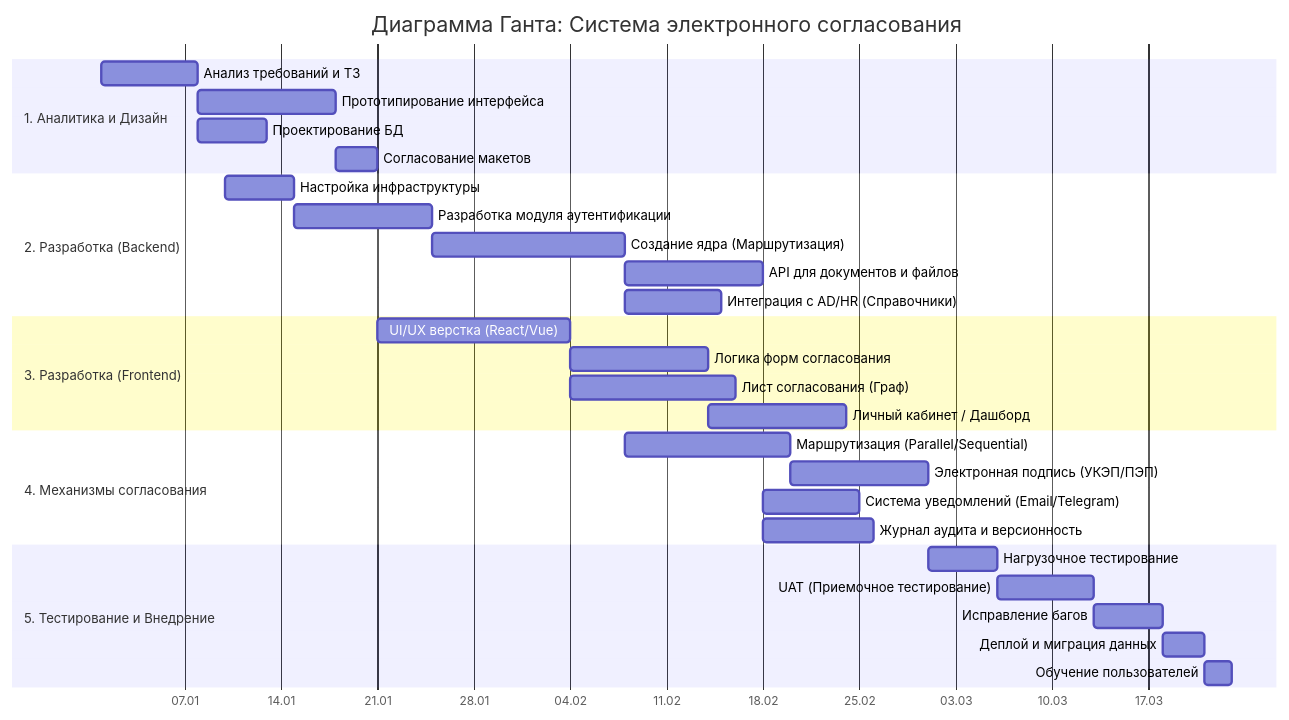
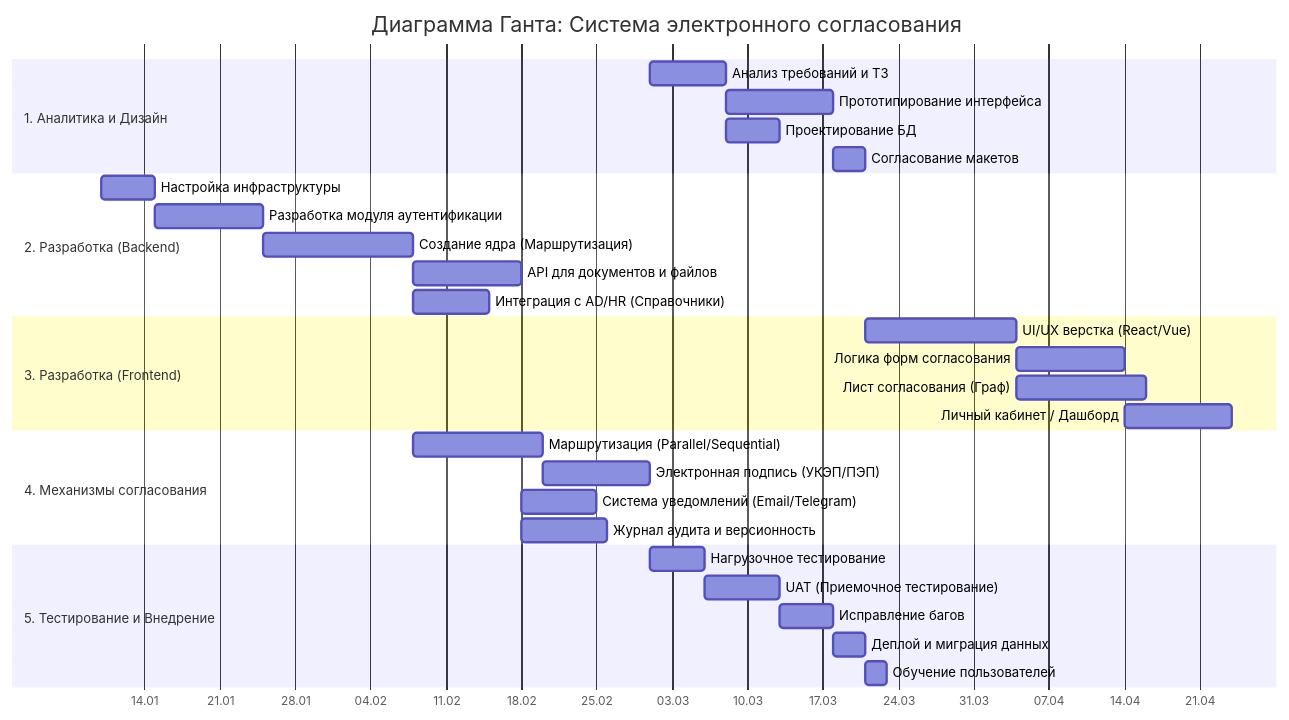
Before and after one commit to Gwoop/Diagrams: the diagram in README.md, drawn with Mermaid.

Commit message:
Update README.md
3

````diff
--- a/README.md
+++ b/README.md
@@ -1,38 +1,38 @@
 ```mermaid
 gantt
     title Диаграмма Ганта: Система электронного согласования
     dateFormat  YYYY-MM-DD
     axisFormat  %d.%m
     
     section 1. Аналитика и Дизайн
-    Анализ требований и ТЗ        :a1, 2024-01-01, 7d
+    Анализ требований и ТЗ        :a1, 2024-03-01, 7d
     Прототипирование интерфейса   :a2, after a1, 10d
     Проектирование БД             :a3, after a1, 5d
     Согласование макетов          :a4, after a2, 3d
     
     section 2. Разработка (Backend)
     Настройка инфраструктуры      :b1, 2024-01-10, 5d
     Разработка модуля аутентификации :b2, after b1, 10d
     Создание ядра (Маршрутизация) :b3, after b2, 14d
     API для документов и файлов   :b4, after b3, 10d
     Интеграция с AD/HR (Справочники) :b5, after b3, 7d
     
     section 3. Разработка (Frontend)
     UI/UX верстка (React/Vue)     :c1, after a4, 14d
     Логика форм согласования      :c2, after c1, 10d
     Лист согласования (Граф)      :c3, after c1, 12d
     Личный кабинет / Дашборд      :c4, after c2, 10d
     
     section 4. Механизмы согласования
     Маршрутизация (Parallel/Sequential) :d1, after b3, 12d
     Электронная подпись (УКЭП/ПЭП) :d2, after d1, 10d
     Система уведомлений (Email/Telegram) :d3, after b4, 7d
     Журнал аудита и версионность  :d4, after b4, 8d
     
     section 5. Тестирование и Внедрение
     Нагрузочное тестирование      :e1, after d2, 5d
     UAT (Приемочное тестирование) :e2, after e1, 7d
     Исправление багов             :e3, after e2, 5d
     Деплой и миграция данных      :e4, after e3, 3d
     Обучение пользователей        :e5, after e4, 2d
 ```
````
